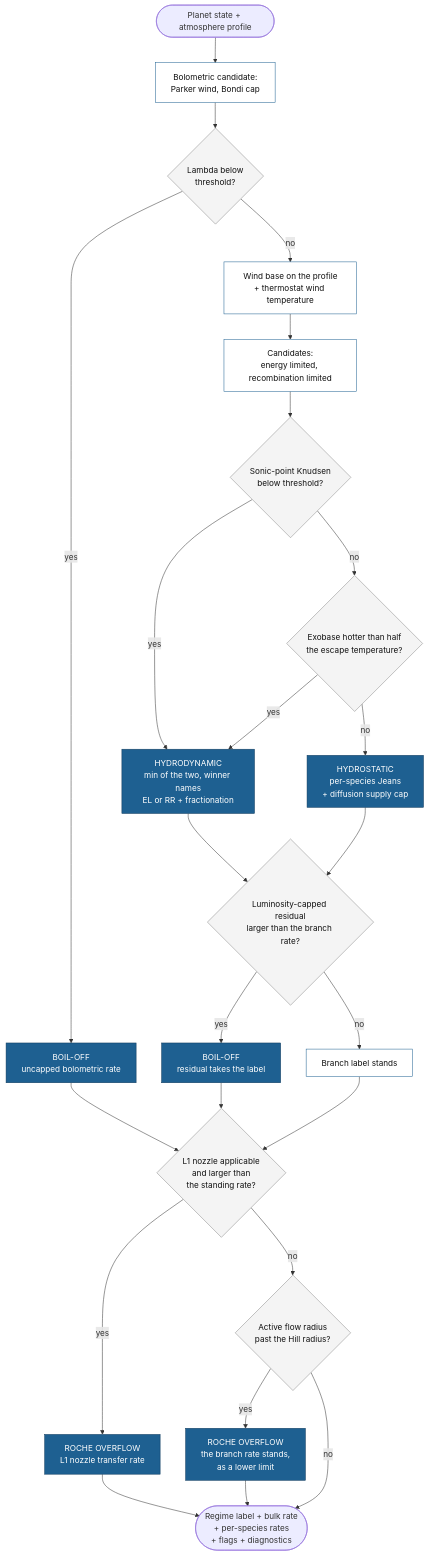
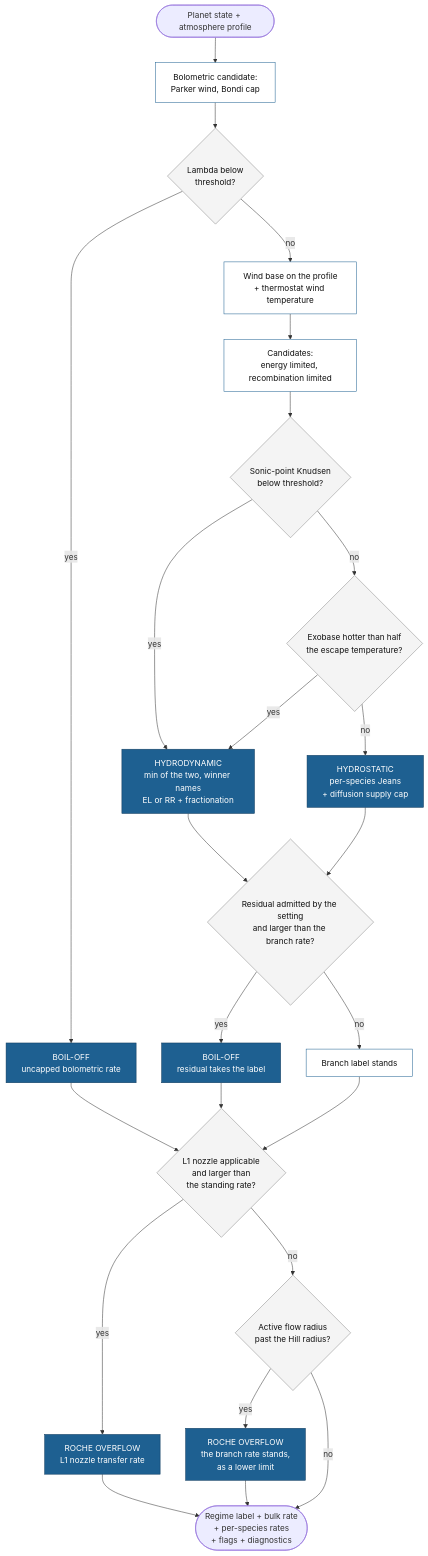
Before and after one commit to FormingWorlds/ZEPHYRUS: the diagram in docs/Explanations/regimes.md, drawn with Mermaid. The commit also changed other lines of this file and 4 other files, not shown here.

````diff
--- a/docs/Explanations/regimes.md
+++ b/docs/Explanations/regimes.md
@@ -16,32 +16,32 @@
 ```mermaid
 flowchart TD
     IN(["Planet state + atmosphere profile"]) --> BOLO["Bolometric candidate:<br/>Parker wind, Bondi cap"]
     BOLO --> Q1{"Lambda below<br/>threshold?"}
     Q1 -- yes --> BO["BOIL-OFF<br/>uncapped bolometric rate"]
     Q1 -- no --> BASE["Wind base on the profile<br/>+ thermostat wind temperature"]
     BASE --> HYD["Candidates:<br/>energy limited, recombination limited"]
     HYD --> Q2{"Sonic-point Knudsen<br/>below threshold?"}
     Q2 -- yes --> HD["HYDRODYNAMIC<br/>min of the two, winner names<br/>EL or RR + fractionation"]
     Q2 -- no --> Q3{"Exobase hotter than half<br/>the escape temperature?"}
     Q3 -- yes --> HD
     Q3 -- no --> HS["HYDROSTATIC<br/>per-species Jeans<br/>+ diffusion supply cap"]
     BO --> QN
-    HD --> Q4{"Luminosity-capped residual<br/>larger than the branch rate?"}
+    HD --> Q4{"Residual admitted by the setting<br/>and larger than the branch rate?"}
     HS --> Q4
     Q4 -- yes --> BO2["BOIL-OFF<br/>residual takes the label"]
     Q4 -- no --> KEEP["Branch label stands"]
     BO2 --> QN{"L1 nozzle applicable<br/>and larger than<br/>the standing rate?"}
     KEEP --> QN
     QN -- yes --> RN["ROCHE OVERFLOW<br/>L1 nozzle transfer rate"]
     QN -- no --> Q5{"Active flow radius<br/>past the Hill radius?"}
     Q5 -- yes --> RO["ROCHE OVERFLOW<br/>the branch rate stands,<br/>as a lower limit"]
     Q5 -- no --> OUT(["Regime label + bulk rate<br/>+ per-species rates<br/>+ flags + diagnostics"])
     RN --> OUT
     RO --> OUT
     classDef regime fill:#1e6091,stroke:#0f3a5c,color:#ffffff
     classDef decision fill:#f4f4f4,stroke:#888888,color:#111111
     classDef stage fill:#ffffff,stroke:#1e6091,color:#111111
     class BO,BO2,HD,HS,RN,RO regime
     class Q1,Q2,Q3,Q4,QN,Q5 decision
     class BOLO,BASE,HYD,KEEP stage
 ```
````
